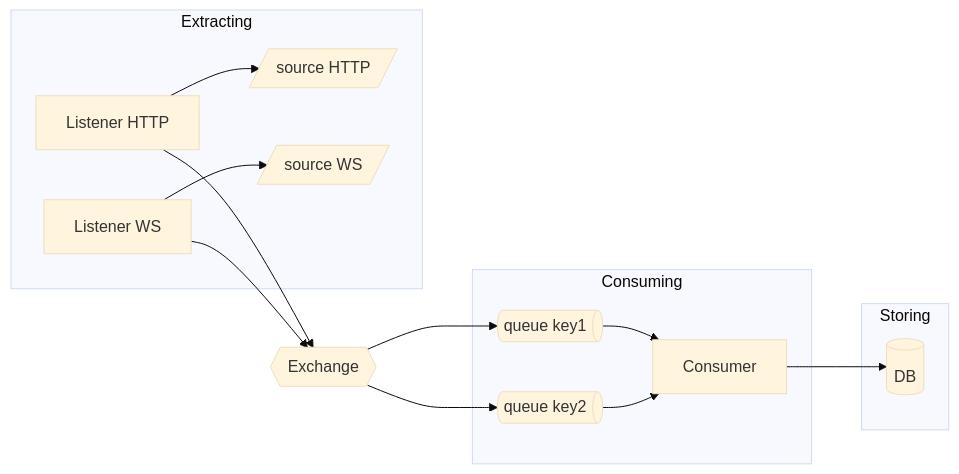
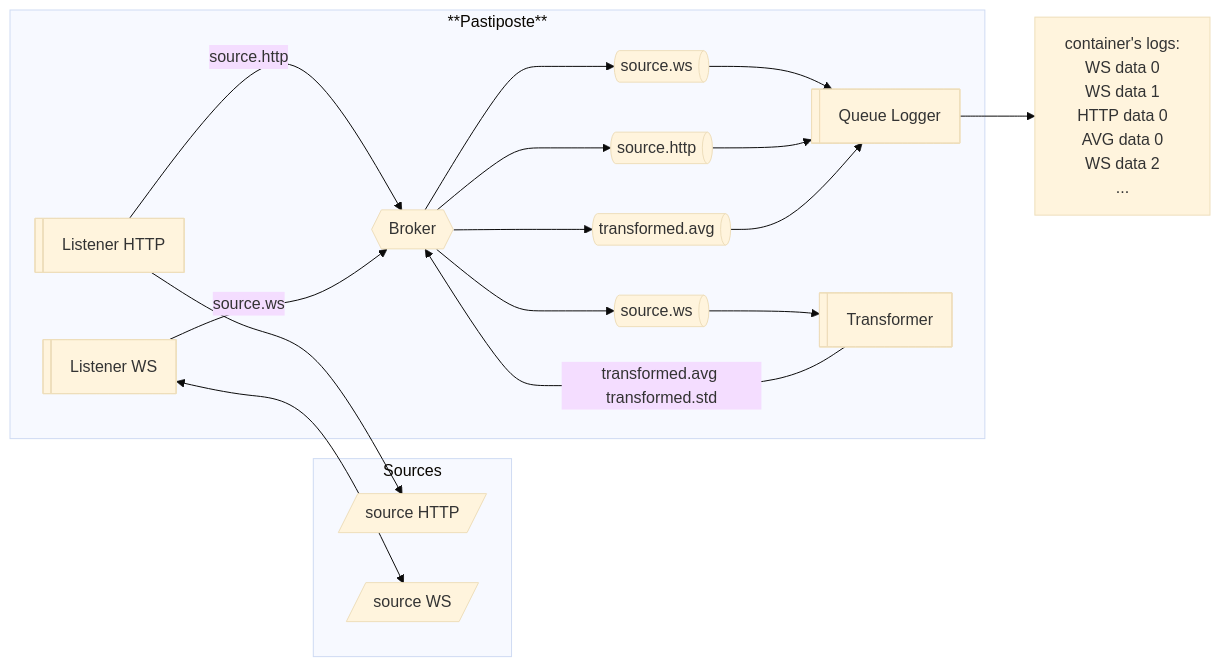
Before and after one commit to lostipani/pastiposte: the first of 4 diagrams in README.md, drawn with Mermaid (base theme). The commit also changed other lines of this file and 26 other files, not shown here.

First line of the commit message:
refactoring: broker instantiation; add transformer; remove db_writer, (#19)

````diff
--- a/README.md
+++ b/README.md
@@ -2,21 +16,33 @@
 ```mermaid
 flowchart LR
-  subgraph Extracting
-  listHTTP@{ shape: rect, label: "Listener HTTP" } --> s1@{ shape: lean-r, label: "source HTTP" }
-  listWS@{ shape: rect, label: "Listener WS" } --> s2@{ shape: lean-r, label: "source WS" }
+  subgraph Sources
+  sourceHTTP@{ shape: lean-r, label: "source HTTP" }
+  sourceWS@{ shape: lean-r, label: "source WS" }
   end
 
-  listHTTP & listWS --> exc@{ shape: hex, label: "Exchange" }
-  exc --> q1@{ shape: das, label: "queue key1" }
-  exc --> q2@{ shape: das, label: "queue key2" }
+  subgraph **Pastiposte**
+  listenerHTTP@{ shape: lin-rect, label: "Listener HTTP" }
+  listenerWS@{ shape: lin-rect, label: "Listener WS" }
+  listenerHTTP -->  sourceHTTP
+  listenerWS <--> sourceWS
+  listenerHTTP -- source.http --> broker@{ shape: hex, label: "Broker" }
+  listenerWS -- source.ws --> broker@{ shape: hex, label: "Broker" }
 
-  subgraph Consuming
-  q1 & q2 --> Consumer
+  broker --> q1@{ shape: das, label: "source.ws" }
+  broker --> q2@{ shape: das, label: "source.http" }
+  broker --> q3@{ shape: das, label: "source.ws" }
+  broker --> q4@{ shape: das, label: "transformed.avg" }
+
+  q1 & q2 & q4 --> QueueLogger@{ shape: lin-rect, label: "Queue Logger"}
+  q3 --> Transformer@{ shape: lin-rect, label: "Transformer"}
+  Transformer -- transformed.avg transformed.std --> broker
   end
 
-  Consumer --> db@{ shape: cyl, label: "DB"}
-
-  subgraph Storing
-  db
-  end
+  QueueLogger --> log@{ shape: rect, label: "container's logs:
+  WS data 0
+  WS data 1
+  HTTP data 0
+  AVG data 0
+  WS data 2
+  ..." }
 ```
````
